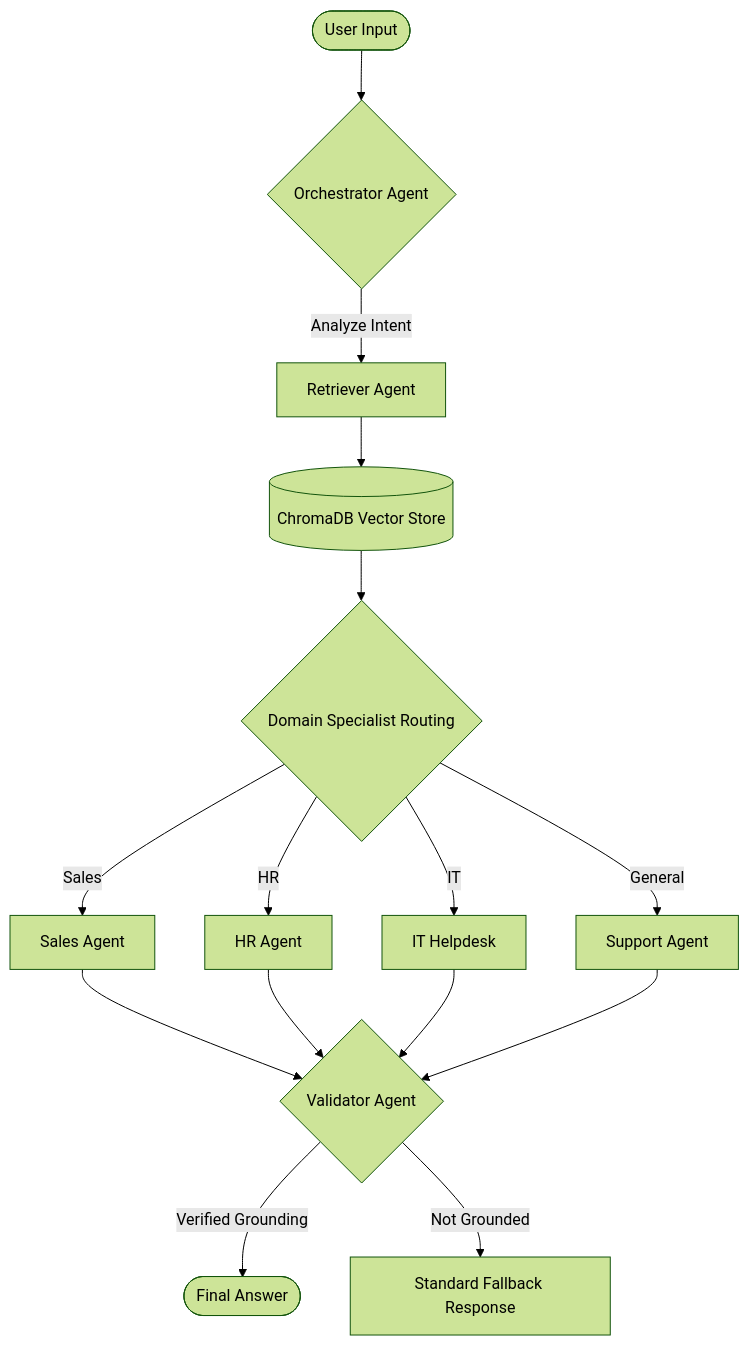
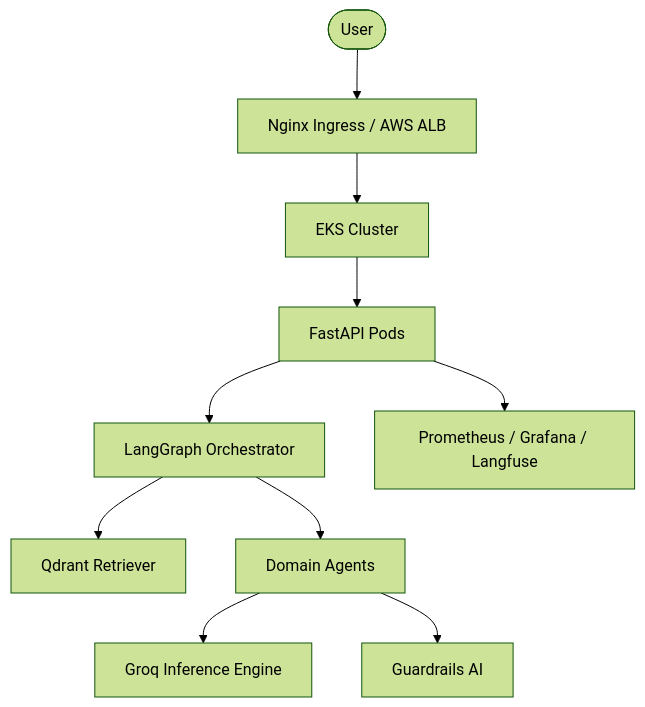
The diagram in README.md (bittush8789/llmops-multi-agent-rag-chatbot), drawn with Mermaid (forest theme) before and after one commit. The commit also changed other lines of this file, not shown here.

````diff
--- a/README.md
+++ b/README.md
@@ -30,20 +27,12 @@
 ```mermaid
 graph TD
-    User([User Input]) --> Orchestrator{Orchestrator Agent}
-    Orchestrator -->|Analyze Intent| Retriever[Retriever Agent]
-    Retriever --> Context[(ChromaDB Vector Store)]
-    Context --> Routing{Domain Specialist Routing}
-    
-    Routing -->|Sales| SalesAgent[Sales Agent]
-    Routing -->|HR| HRAgent[HR Agent]
-    Routing -->|IT| ITAgent[IT Helpdesk]
-    Routing -->|General| SupportAgent[Support Agent]
-    
-    SalesAgent --> Validator{Validator Agent}
-    HRAgent --> Validator
-    ITAgent --> Validator
-    SupportAgent --> Validator
-    
-    Validator -->|Verified Grounding| Output([Final Answer])
-    Validator -->|Not Grounded| Fallback[Standard Fallback Response]
+    User([User]) --> Ingress[Nginx Ingress / AWS ALB]
+    Ingress --> K8s[EKS Cluster]
+    K8s --> Backend[FastAPI Pods]
+    Backend --> Graph[LangGraph Orchestrator]
+    Graph --> Retriever[Qdrant Retriever]
+    Graph --> Agents[Domain Agents]
+    Agents --> Groq[Groq Inference Engine]
+    Agents --> Guardrails[Guardrails AI]
+    Backend --> Monitoring[Prometheus / Grafana / Langfuse]
 ```
````
